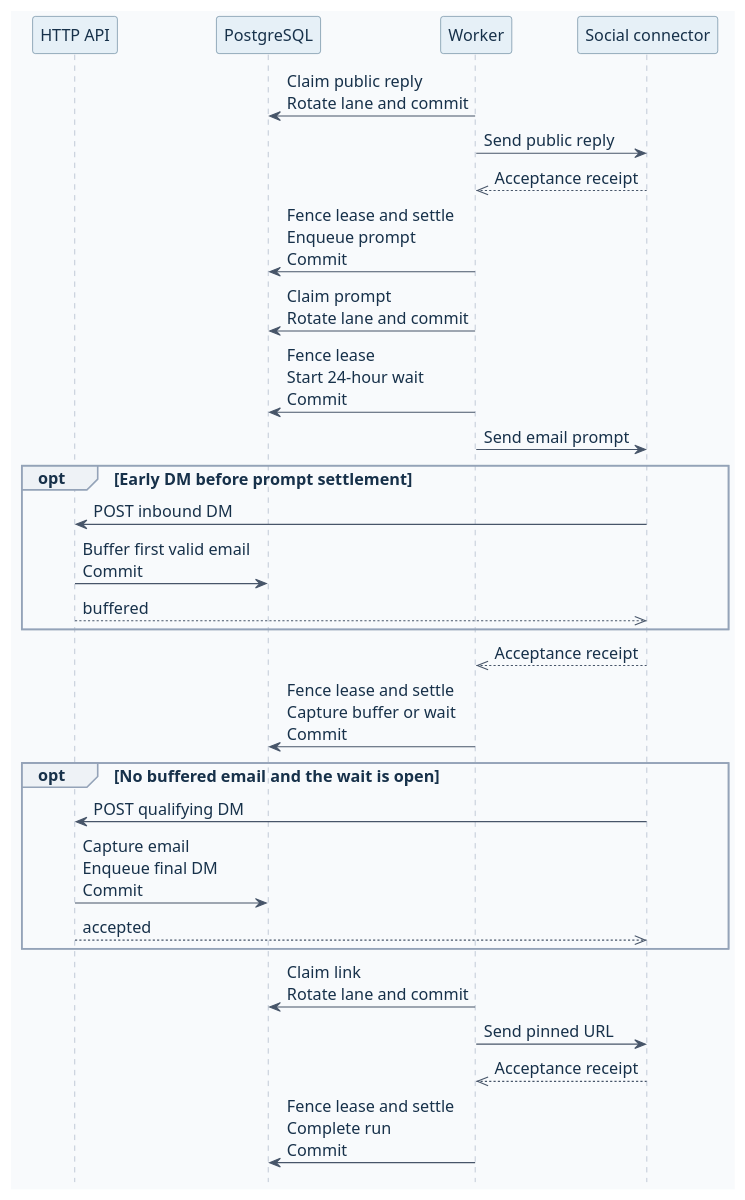
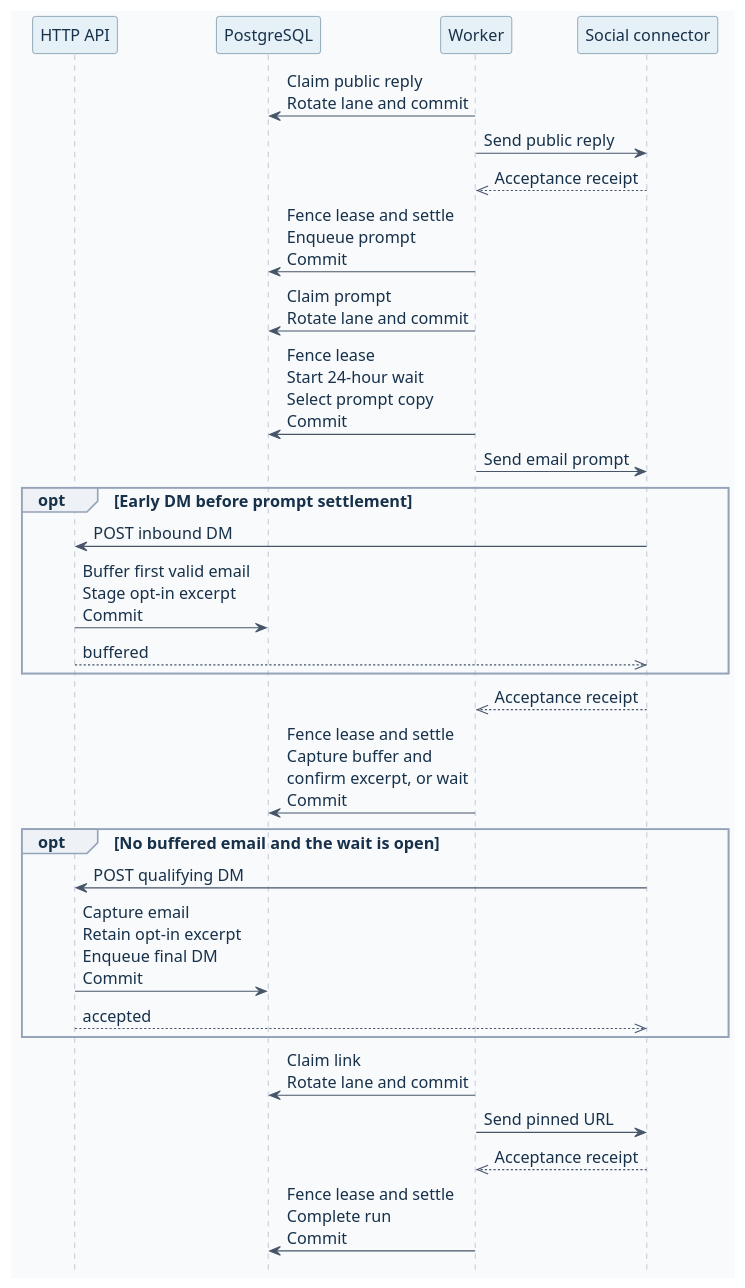
The diagram in docs/diagrams/delivery-sequence.puml (ByAxe/blotato-comment-automations), drawn with PlantUML before and after one commit. The commit also changed 25 other files, not shown here.

Commit message:
docs: align diagrams and acceptance checks with retained participant context

```diff
--- a/docs/diagrams/delivery-sequence.puml
+++ b/docs/diagrams/delivery-sequence.puml
@@ -1,53 +1,53 @@
 @startuml
 hide footbox
 skinparam BackgroundColor #F8FAFC
 skinparam DefaultFontName SansSerif
 skinparam DefaultFontColor #17314A
 skinparam DefaultFontSize 15
 skinparam Shadowing false
 skinparam ArrowColor #475569
 skinparam SequenceLifeLineBorderColor #94A3B8
 skinparam SequenceParticipantBackgroundColor #E6F0F7
 skinparam SequenceParticipantBorderColor #456C87
 skinparam SequenceGroupBackgroundColor #EEF2F6
 skinparam SequenceGroupBorderColor #94A3B8
 <style>
 participant {
   Padding 12
 }
 </style>
 skinparam BoxPadding 10
 skinparam maxMessageSize 175
 
 participant "HTTP API" as api
 participant "PostgreSQL" as db
 participant "Worker" as worker
 participant "Social connector" as gateway
 
 worker -> db : Claim public reply\nRotate lane and commit
 worker -> gateway : Send public reply
 gateway -->> worker : Acceptance receipt
 worker -> db : Fence lease and settle\nEnqueue prompt\nCommit
 
 worker -> db : Claim prompt\nRotate lane and commit
-worker -> db : Fence lease\nStart 24-hour wait\nCommit
+worker -> db : Fence lease\nStart 24-hour wait\nSelect prompt copy\nCommit
 worker -> gateway : Send email prompt
 opt Early DM before prompt settlement
   gateway -> api : POST inbound DM
-  api -> db : Buffer first valid email\nCommit
+  api -> db : Buffer first valid email\nStage opt-in excerpt\nCommit
   api -->> gateway : buffered
 end
 gateway -->> worker : Acceptance receipt
-worker -> db : Fence lease and settle\nCapture buffer or wait\nCommit
+worker -> db : Fence lease and settle\nCapture buffer and\nconfirm excerpt, or wait\nCommit
 
 opt No buffered email and the wait is open
   gateway -> api : POST qualifying DM
-  api -> db : Capture email\nEnqueue final DM\nCommit
+  api -> db : Capture email\nRetain opt-in excerpt\nEnqueue final DM\nCommit
   api -->> gateway : accepted
 end
 
 worker -> db : Claim link\nRotate lane and commit
 worker -> gateway : Send pinned URL
 gateway -->> worker : Acceptance receipt
 worker -> db : Fence lease and settle\nComplete run\nCommit
 @enduml
```
